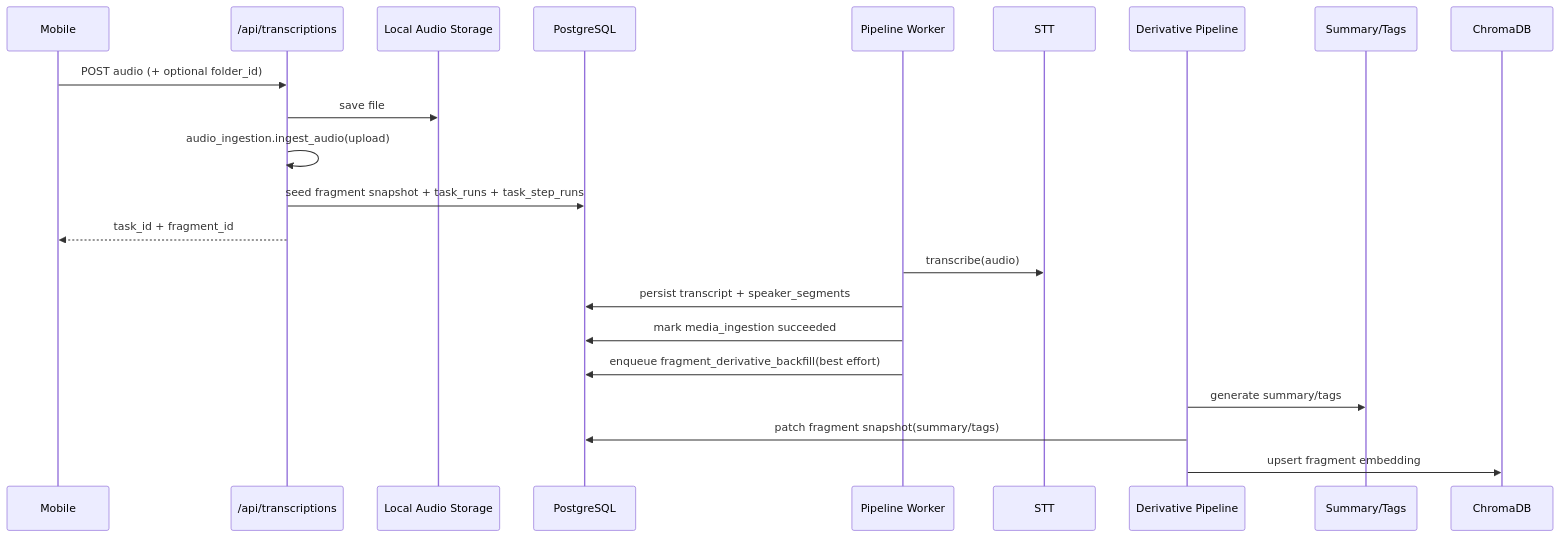
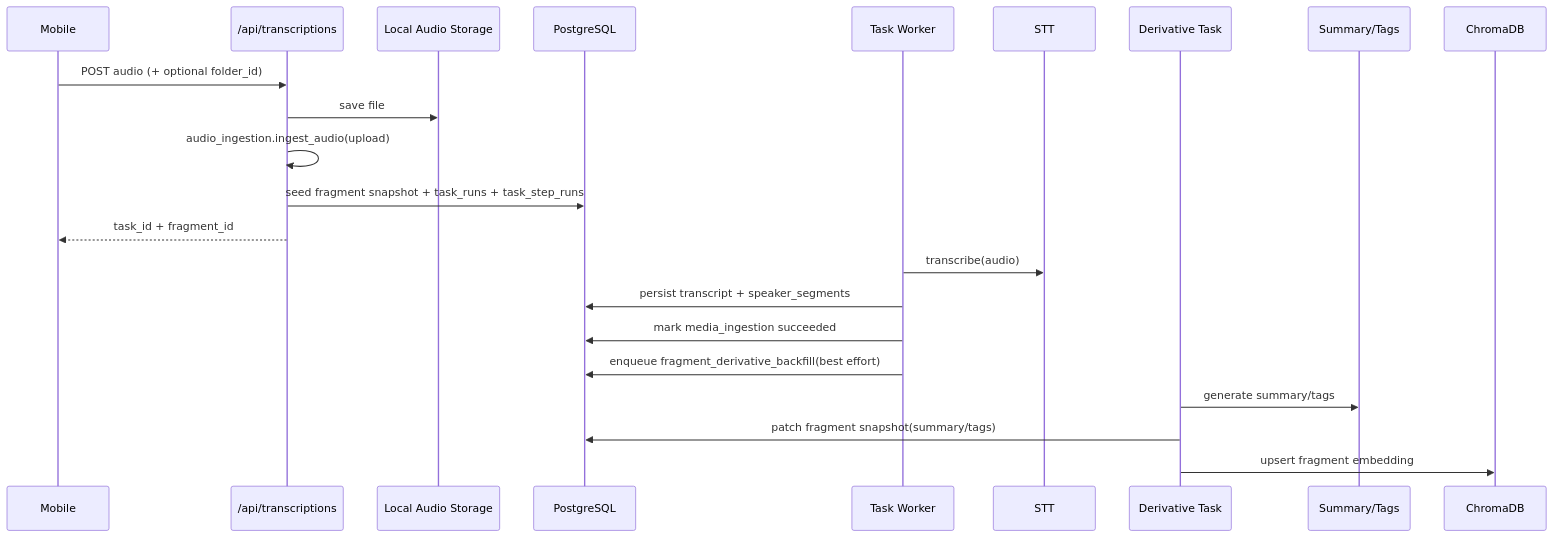
Before and after one commit to YCZA2/SparkFlow: the fourth of 10 diagrams in memory-bank/architecture.md, drawn with Mermaid. The commit also changed other lines of this file and 29 other files, not shown here.

````diff
--- a/memory-bank/architecture.md
+++ b/memory-bank/architecture.md
@@ -406,25 +406,25 @@
 ```mermaid
 sequenceDiagram
     participant App as Mobile
     participant API as /api/transcriptions
     participant FS as Local Audio Storage
     participant DB as PostgreSQL
-    participant PIPE as Pipeline Worker
+    participant TASK as Task Worker
     participant STT as STT
-    participant DERIV as Derivative Pipeline
+    participant DERIV as Derivative Task
     participant LLM as Summary/Tags
     participant VDB as ChromaDB
 
     App->>API: POST audio (+ optional folder_id)
     API->>FS: save file
     API->>API: audio_ingestion.ingest_audio(upload)
     API->>DB: seed fragment snapshot + task_runs + task_step_runs
     API-->>App: task_id + fragment_id
-    PIPE->>STT: transcribe(audio)
-    PIPE->>DB: persist transcript + speaker_segments
-    PIPE->>DB: mark media_ingestion succeeded
-    PIPE->>DB: enqueue fragment_derivative_backfill(best effort)
+    TASK->>STT: transcribe(audio)
+    TASK->>DB: persist transcript + speaker_segments
+    TASK->>DB: mark media_ingestion succeeded
+    TASK->>DB: enqueue fragment_derivative_backfill(best effort)
     DERIV->>LLM: generate summary/tags
     DERIV->>DB: patch fragment snapshot(summary/tags)
     DERIV->>VDB: upsert fragment embedding
 ```
````
